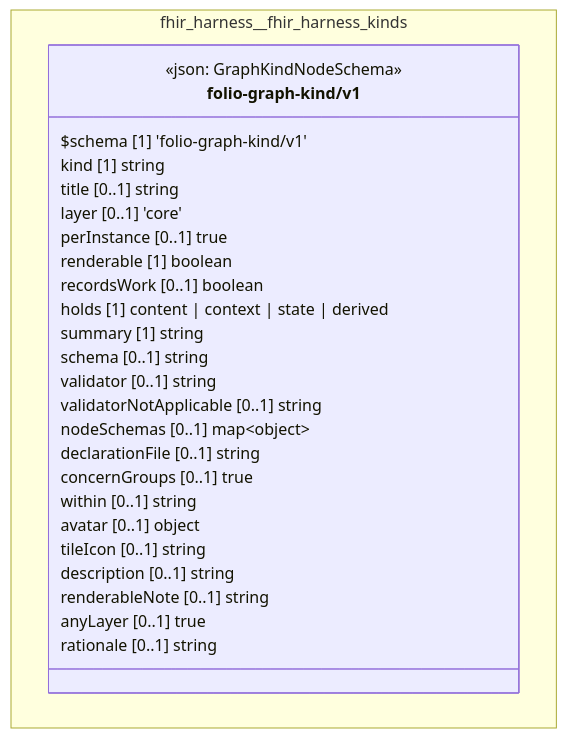
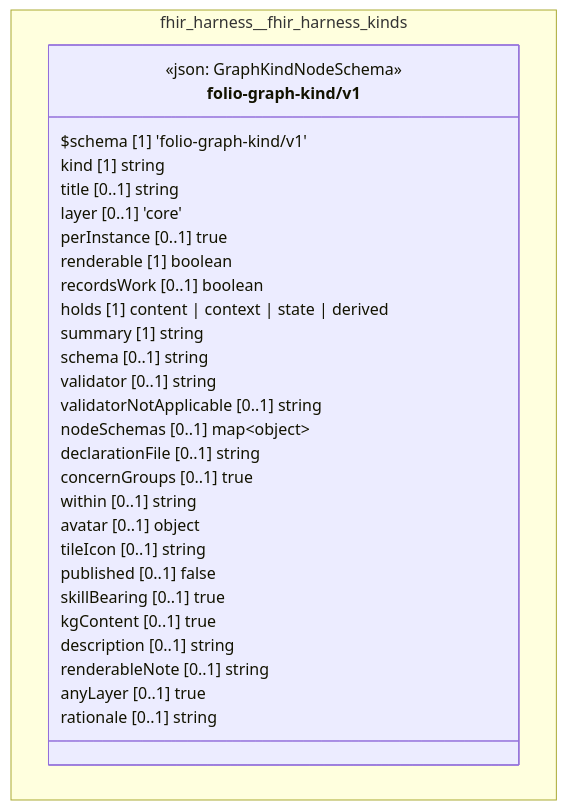
One commit to litlfred/folio-assistant changed the diagram in cat-harness/docs/uml/overview/fhir-harness/fhir-harness-kinds.md. Above: the diagram before and after it, drawn with Mermaid. The commit also changed 57 other files, not shown here.

````diff
--- a/cat-harness/docs/uml/overview/fhir-harness/fhir-harness-kinds.md
+++ b/cat-harness/docs/uml/overview/fhir-harness/fhir-harness-kinds.md
@@ -42,32 +42,35 @@
 ```mermaid
 classDiagram
   direction TB
   namespace fhir_harness__fhir_harness_kinds {
     class fhir_harness_fhir_harness_kinds_folio_graph_kind_v1_folio_graph_kind_v1["folio-graph-kind/v1"] {
       <<json: GraphKindNodeSchema>>
       $schema [1] 'folio-graph-kind/v1'
       kind [1] string
       title [0..1] string
       layer [0..1] 'core'
       perInstance [0..1] true
       renderable [1] boolean
       recordsWork [0..1] boolean
       holds [1] content | context | state | derived
       summary [1] string
       schema [0..1] string
       validator [0..1] string
       validatorNotApplicable [0..1] string
       nodeSchemas [0..1] map~object~
       declarationFile [0..1] string
       concernGroups [0..1] true
       within [0..1] string
       avatar [0..1] object
       tileIcon [0..1] string
+      published [0..1] false
+      skillBearing [0..1] true
+      kgContent [0..1] true
       description [0..1] string
       renderableNote [0..1] string
       anyLayer [0..1] true
       rationale [0..1] string
     }
   }
   cssClass "fhir_harness_fhir_harness_kinds_folio_graph_kind_v1_folio_graph_kind_v1" fa_uml_kind_kinds
 ```
````
